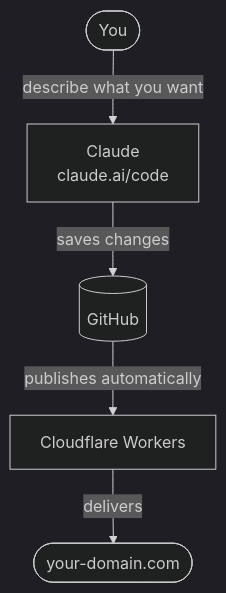
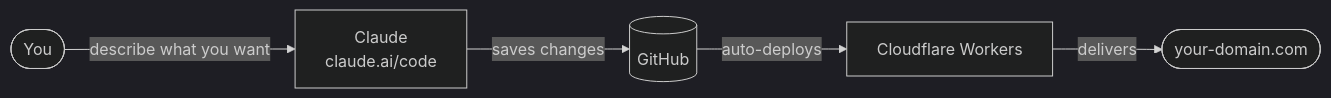
The diagram in README.md (bdelamatre/claude-personal-website-builder), drawn with Mermaid (dark theme) before and after one commit. The commit also changed other lines of this file, not shown here.

````diff
--- a/README.md
+++ b/README.md
@@ -9,7 +21,7 @@
 ```mermaid
-flowchart TD
+flowchart LR
     A([You]) -->|describe what you want| B[Claude\nclaude.ai/code]
     B -->|saves changes| C[(GitHub)]
-    C -->|publishes automatically| D[Cloudflare Workers]
+    C -->|auto-deploys| D[Cloudflare Workers]
     D -->|delivers| E([your-domain.com])
 ```
````
